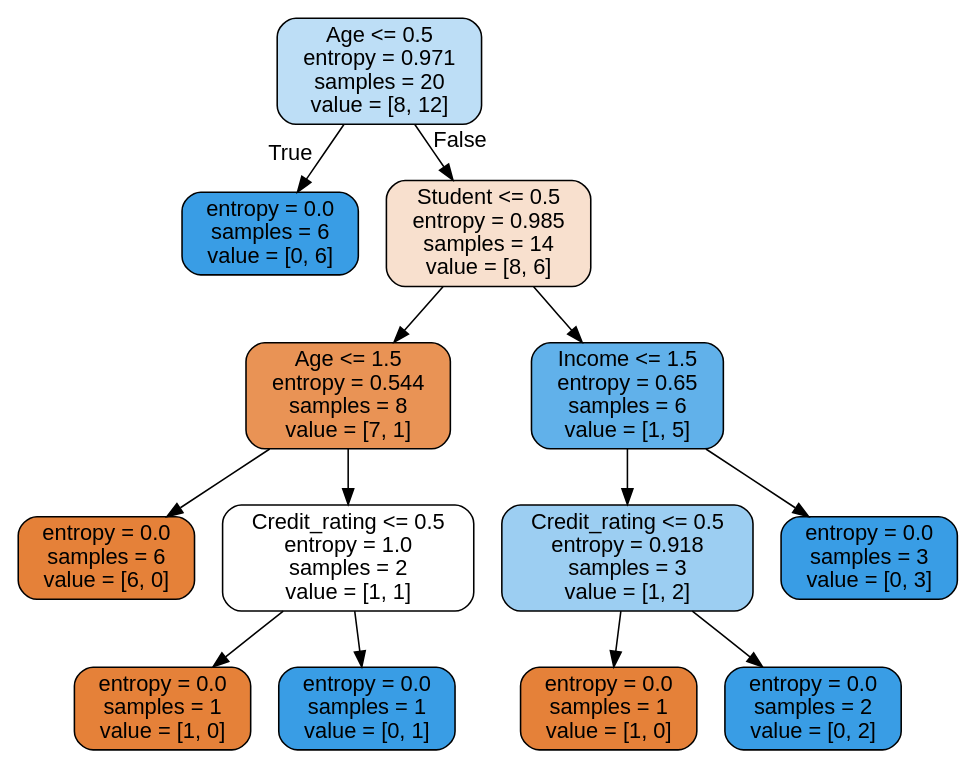
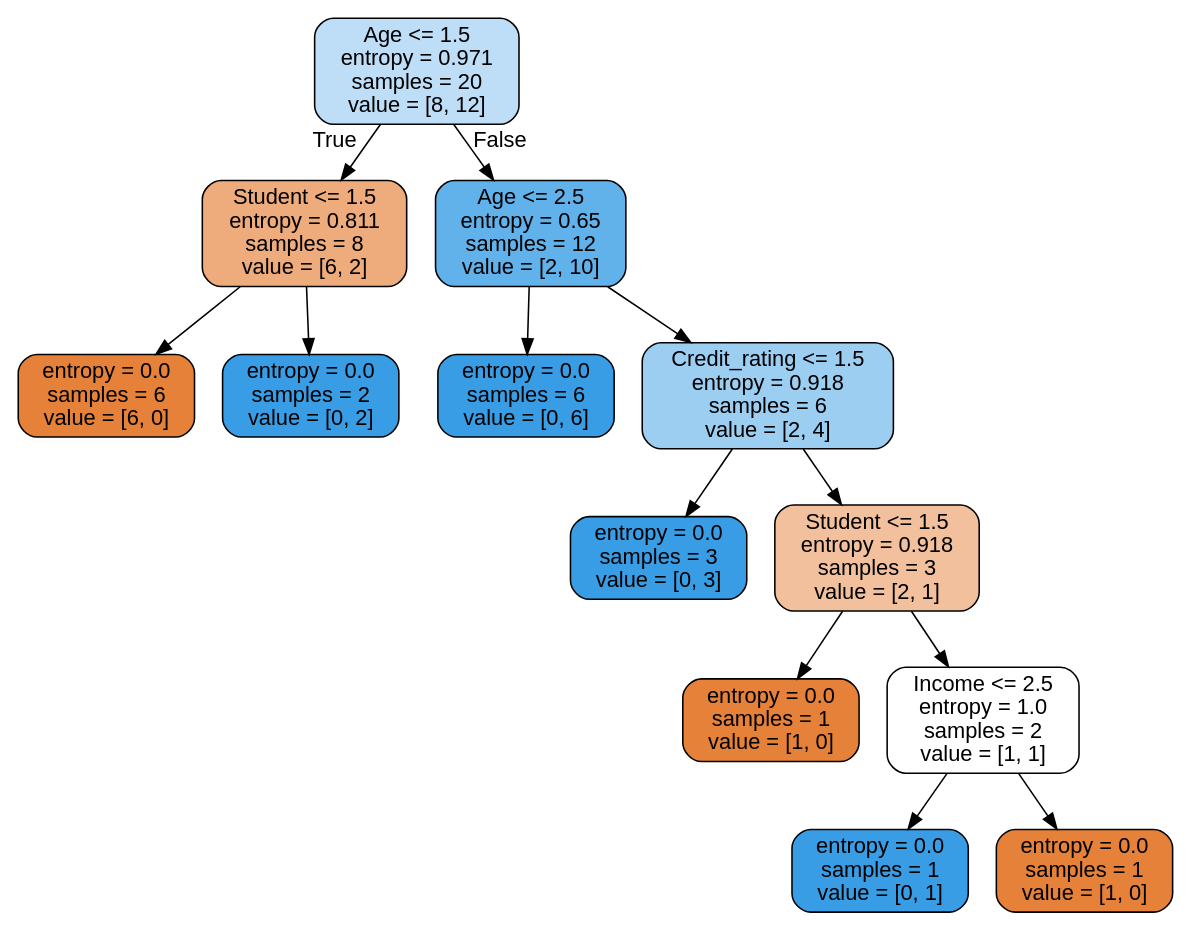
Before and after one commit to eichstaedtk/ke-python: the diagram in buycomputer.dot, drawn with Graphviz. The commit also changed 1 other file, not shown here.

```diff
--- a/buycomputer.dot
+++ b/buycomputer.dot
@@ -1,29 +1,29 @@
 digraph Tree {
 node [shape=box, style="filled, rounded", color="black", fontname=helvetica] ;
 edge [fontname=helvetica] ;
-0 [label="Age <= 0.5\nentropy = 0.971\nsamples = 20\nvalue = [8, 12]", fillcolor="#bddef6"] ;
-1 [label="entropy = 0.0\nsamples = 6\nvalue = [0, 6]", fillcolor="#399de5"] ;
+0 [label="Age <= 1.5\nentropy = 0.971\nsamples = 20\nvalue = [8, 12]", fillcolor="#bddef6"] ;
+1 [label="Student <= 1.5\nentropy = 0.811\nsamples = 8\nvalue = [6, 2]", fillcolor="#eeab7b"] ;
 0 -> 1 [labeldistance=2.5, labelangle=45, headlabel="True"] ;
-2 [label="Student <= 0.5\nentropy = 0.985\nsamples = 14\nvalue = [8, 6]", fillcolor="#f8e0ce"] ;
-0 -> 2 [labeldistance=2.5, labelangle=-45, headlabel="False"] ;
-3 [label="Age <= 1.5\nentropy = 0.544\nsamples = 8\nvalue = [7, 1]", fillcolor="#e99355"] ;
-2 -> 3 ;
-4 [label="entropy = 0.0\nsamples = 6\nvalue = [6, 0]", fillcolor="#e58139"] ;
-3 -> 4 ;
-5 [label="Credit_rating <= 0.5\nentropy = 1.0\nsamples = 2\nvalue = [1, 1]", fillcolor="#ffffff"] ;
-3 -> 5 ;
-6 [label="entropy = 0.0\nsamples = 1\nvalue = [1, 0]", fillcolor="#e58139"] ;
-5 -> 6 ;
-7 [label="entropy = 0.0\nsamples = 1\nvalue = [0, 1]", fillcolor="#399de5"] ;
-5 -> 7 ;
-8 [label="Income <= 1.5\nentropy = 0.65\nsamples = 6\nvalue = [1, 5]", fillcolor="#61b1ea"] ;
-2 -> 8 ;
-9 [label="Credit_rating <= 0.5\nentropy = 0.918\nsamples = 3\nvalue = [1, 2]", fillcolor="#9ccef2"] ;
+2 [label="entropy = 0.0\nsamples = 6\nvalue = [6, 0]", fillcolor="#e58139"] ;
+1 -> 2 ;
+3 [label="entropy = 0.0\nsamples = 2\nvalue = [0, 2]", fillcolor="#399de5"] ;
+1 -> 3 ;
+4 [label="Age <= 2.5\nentropy = 0.65\nsamples = 12\nvalue = [2, 10]", fillcolor="#61b1ea"] ;
+0 -> 4 [labeldistance=2.5, labelangle=-45, headlabel="False"] ;
+5 [label="entropy = 0.0\nsamples = 6\nvalue = [0, 6]", fillcolor="#399de5"] ;
+4 -> 5 ;
+6 [label="Credit_rating <= 1.5\nentropy = 0.918\nsamples = 6\nvalue = [2, 4]", fillcolor="#9ccef2"] ;
+4 -> 6 ;
+7 [label="entropy = 0.0\nsamples = 3\nvalue = [0, 3]", fillcolor="#399de5"] ;
+6 -> 7 ;
+8 [label="Student <= 1.5\nentropy = 0.918\nsamples = 3\nvalue = [2, 1]", fillcolor="#f2c09c"] ;
+6 -> 8 ;
+9 [label="entropy = 0.0\nsamples = 1\nvalue = [1, 0]", fillcolor="#e58139"] ;
 8 -> 9 ;
-10 [label="entropy = 0.0\nsamples = 1\nvalue = [1, 0]", fillcolor="#e58139"] ;
-9 -> 10 ;
-11 [label="entropy = 0.0\nsamples = 2\nvalue = [0, 2]", fillcolor="#399de5"] ;
-9 -> 11 ;
-12 [label="entropy = 0.0\nsamples = 3\nvalue = [0, 3]", fillcolor="#399de5"] ;
-8 -> 12 ;
+10 [label="Income <= 2.5\nentropy = 1.0\nsamples = 2\nvalue = [1, 1]", fillcolor="#ffffff"] ;
+8 -> 10 ;
+11 [label="entropy = 0.0\nsamples = 1\nvalue = [0, 1]", fillcolor="#399de5"] ;
+10 -> 11 ;
+12 [label="entropy = 0.0\nsamples = 1\nvalue = [1, 0]", fillcolor="#e58139"] ;
+10 -> 12 ;
 }
```
